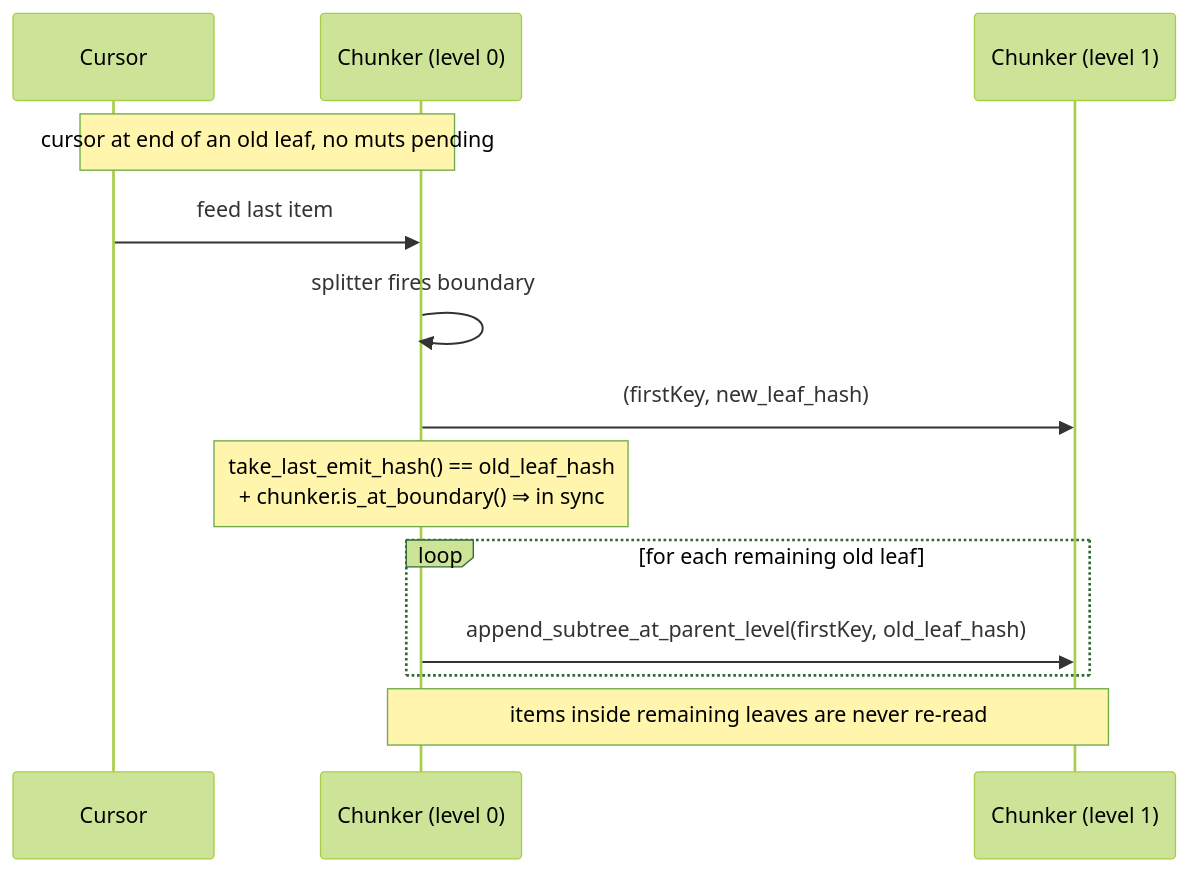
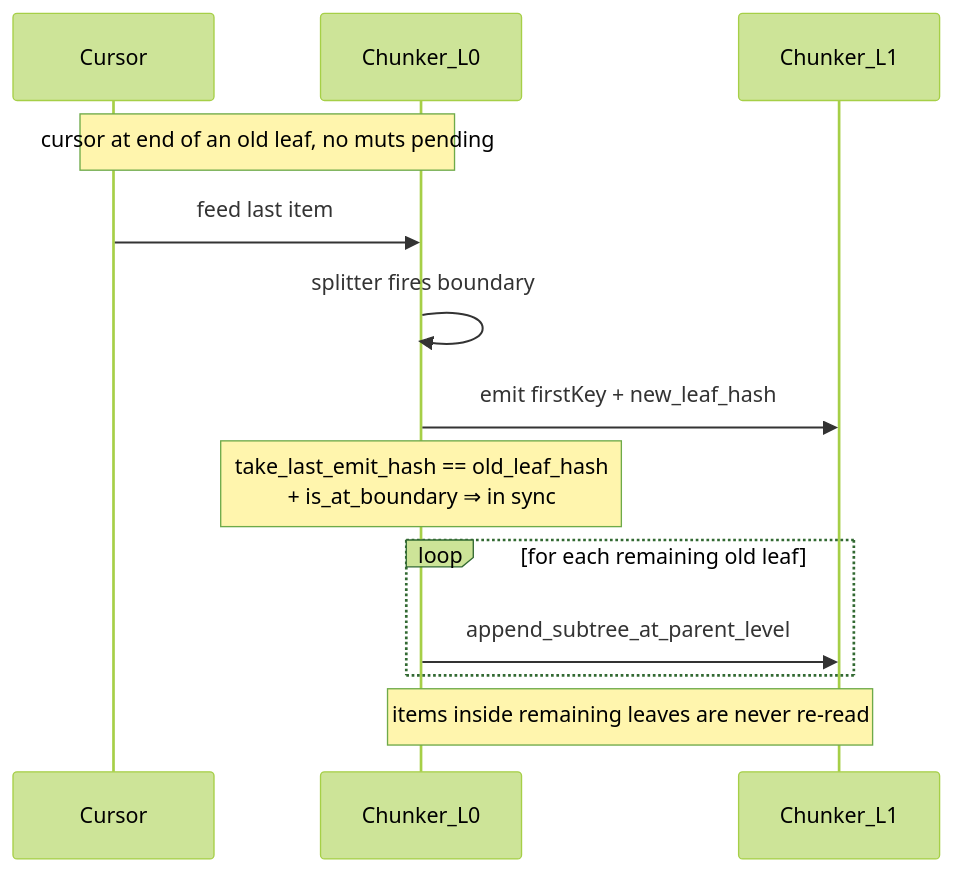
Before and after one commit to zhangfengcdt/prollytree: the fifth of 7 diagrams in docs/theory/mutation.md, drawn with Mermaid (forest theme). The commit also changed other lines of this file, not shown here.

````diff
--- a/docs/theory/mutation.md
+++ b/docs/theory/mutation.md
@@ -199,16 +199,16 @@
 ```mermaid
 sequenceDiagram
     participant C as Cursor
-    participant CK as Chunker (level 0)
-    participant P as Chunker (level 1)
+    participant CK as Chunker_L0
+    participant P as Chunker_L1
 
     Note over C,CK: cursor at end of an old leaf, no muts pending
     C->>CK: feed last item
     CK->>CK: splitter fires boundary
-    CK->>P: (firstKey, new_leaf_hash)
-    Note over CK: take_last_emit_hash() == old_leaf_hash<br/>+ chunker.is_at_boundary() ⇒ in sync
+    CK->>P: emit firstKey + new_leaf_hash
+    Note over CK: take_last_emit_hash == old_leaf_hash<br/>+ is_at_boundary ⇒ in sync
     loop for each remaining old leaf
-        CK->>P: append_subtree_at_parent_level(firstKey, old_leaf_hash)
+        CK->>P: append_subtree_at_parent_level
     end
     Note over CK,P: items inside remaining leaves are never re-read
 ```
````
